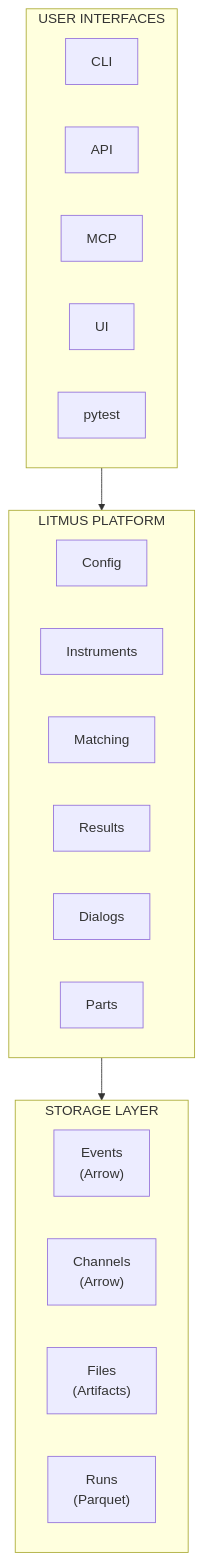
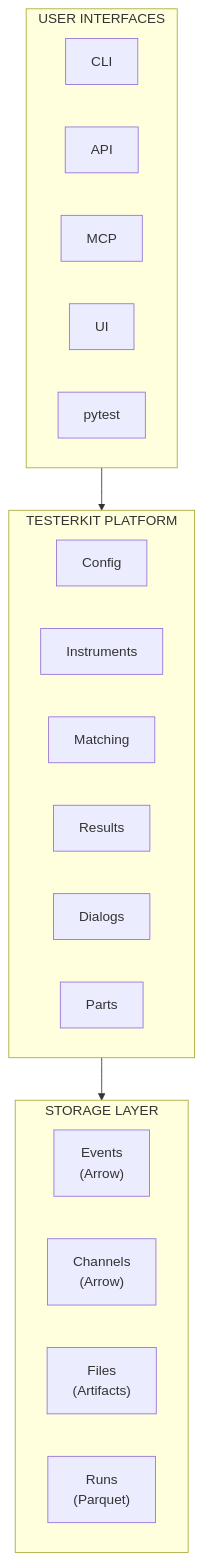
One commit to pragmatest-dev/testerkit changed the second of 2 diagrams in docs/concepts/overview/platform-vs-framework.md. Above: the diagram before and after it, drawn with Mermaid. The commit also changed other lines of this file and 1180 other files, not shown here.

First line of the commit message:
rename: litmus -> testerkit across the entire codebase

````diff
--- a/docs/concepts/overview/platform-vs-framework.md
+++ b/docs/concepts/overview/platform-vs-framework.md
@@ -105,31 +105,31 @@
 ```mermaid
 flowchart TB
     subgraph UI["USER INTERFACES"]
         direction LR
         cli["CLI"]
         api["API"]
         mcp["MCP"]
         nicegui["UI"]
         pytest["pytest"]
     end
 
-    subgraph Platform["LITMUS PLATFORM"]
+    subgraph Platform["TESTERKIT PLATFORM"]
         direction LR
         cfg["Config"]
         instr["Instruments"]
         match["Matching"]
         results["Results"]
         dialogs["Dialogs"]
         parts["Parts"]
     end
 
     subgraph Storage["STORAGE LAYER"]
         direction LR
         events["Events<br/>(Arrow)"]
         channels["Channels<br/>(Arrow)"]
         files["Files<br/>(Artifacts)"]
         parquet["Runs<br/>(Parquet)"]
     end
 
     UI --> Platform --> Storage
 ```
````
